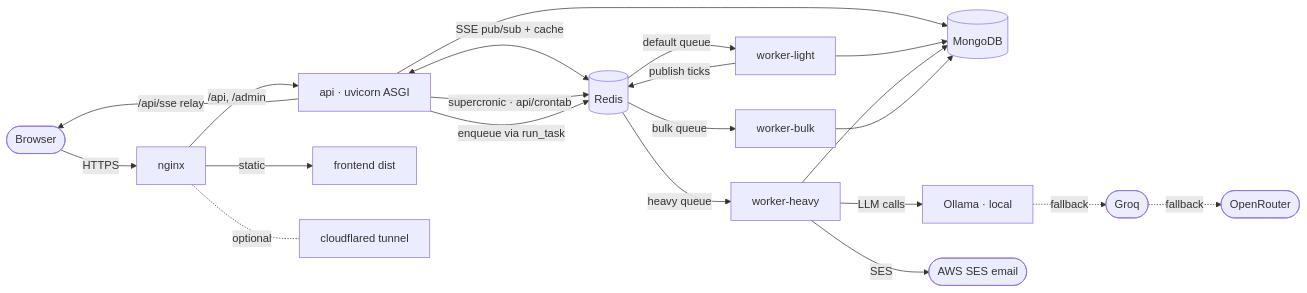
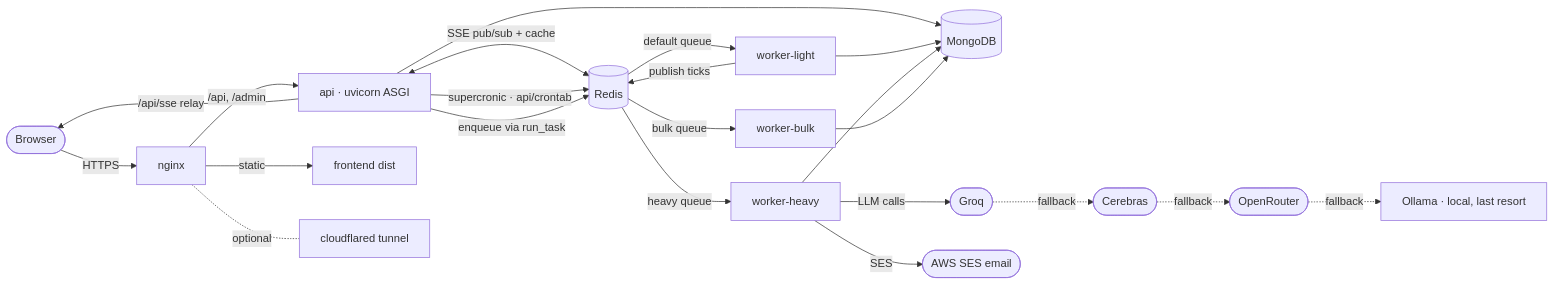
The first of 3 diagrams in docs/architecture.md (jameelhamdan/event-horizon), drawn with Mermaid before and after one commit. The commit also changed other lines of this file and 37 other files, not shown here.

````diff
--- a/docs/architecture.md
+++ b/docs/architecture.md
@@ -38,25 +38,26 @@
 ```mermaid
 flowchart LR
     USER([Browser]) -->|HTTPS| NGINX[nginx]
     NGINX -->|/api, /admin| API[api · uvicorn ASGI]
     NGINX -->|static| FE[frontend dist]
     NGINX -.optional.- CF[cloudflared tunnel]
 
     API --> MONGO[(MongoDB)]
     API <-->|SSE pub/sub + cache| REDIS[(Redis)]
 
     API -->|supercronic · api/crontab| REDIS
     API -->|enqueue via run_task| REDIS
     REDIS -->|default queue| WL[worker-light]
     REDIS -->|heavy queue| WH[worker-heavy]
     REDIS -->|bulk queue| WB[worker-bulk]
     WL --> MONGO
     WH --> MONGO
     WB --> MONGO
-    WH -->|LLM calls| OLLAMA[Ollama · local]
-    OLLAMA -.fallback.-> GROQ([Groq])
-    GROQ -.fallback.-> OR([OpenRouter])
+    WH -->|LLM calls| GROQ([Groq])
+    GROQ -.fallback.-> CEREBRAS([Cerebras])
+    CEREBRAS -.fallback.-> OR([OpenRouter])
+    OR -.fallback.-> OLLAMA[Ollama · local, last resort]
     WH -->|SES| SES([AWS SES email])
     WL -->|publish ticks| REDIS
     API -->|/api/sse relay| USER
 ```
````
